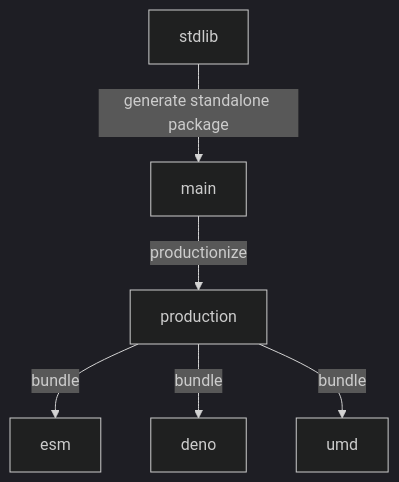
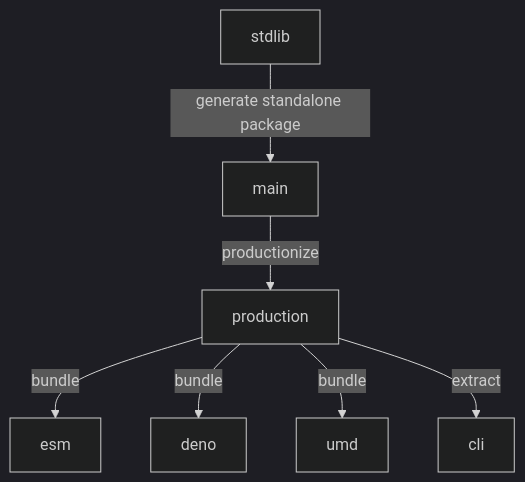
Before and after one commit to stdlib-js/random-streams-t: the diagram in branches.md, drawn with Mermaid (dark theme). The commit also changed other lines of this file and 11 other files, not shown here.

````diff
--- a/branches.md
+++ b/branches.md
@@ -33,15 +34,17 @@
 ```mermaid
 graph TD;
 A[stdlib]-->|generate standalone package|B;
 B[main] -->|productionize| C[production];
 C -->|bundle| D[esm];
 C -->|bundle| E[deno];
 C -->|bundle| F[umd];
+C -->|extract| G[cli];
 
-click A href "https://github.com/stdlib-js/stdlib/tree/develop/lib/node_modules/%40stdlib/random/streams/t"
-click B href "https://github.com/stdlib-js/random-streams-t/tree/main"
-click C href "https://github.com/stdlib-js/random-streams-t/tree/production"
-click D href "https://github.com/stdlib-js/random-streams-t/tree/esm"
-click E href "https://github.com/stdlib-js/random-streams-t/tree/deno"
-click F href "https://github.com/stdlib-js/random-streams-t/tree/umd"
+%% click A href "https://github.com/stdlib-js/stdlib/tree/develop/lib/node_modules/%40stdlib/random/streams/t"
+%% click B href "https://github.com/stdlib-js/random-streams-t/tree/main"
+%% click C href "https://github.com/stdlib-js/random-streams-t/tree/production"
+%% click D href "https://github.com/stdlib-js/random-streams-t/tree/esm"
+%% click E href "https://github.com/stdlib-js/random-streams-t/tree/deno"
+%% click F href "https://github.com/stdlib-js/random-streams-t/tree/umd"
+%% click G href "https://github.com/stdlib-js/random-streams-t/tree/cli"
 ```
````
